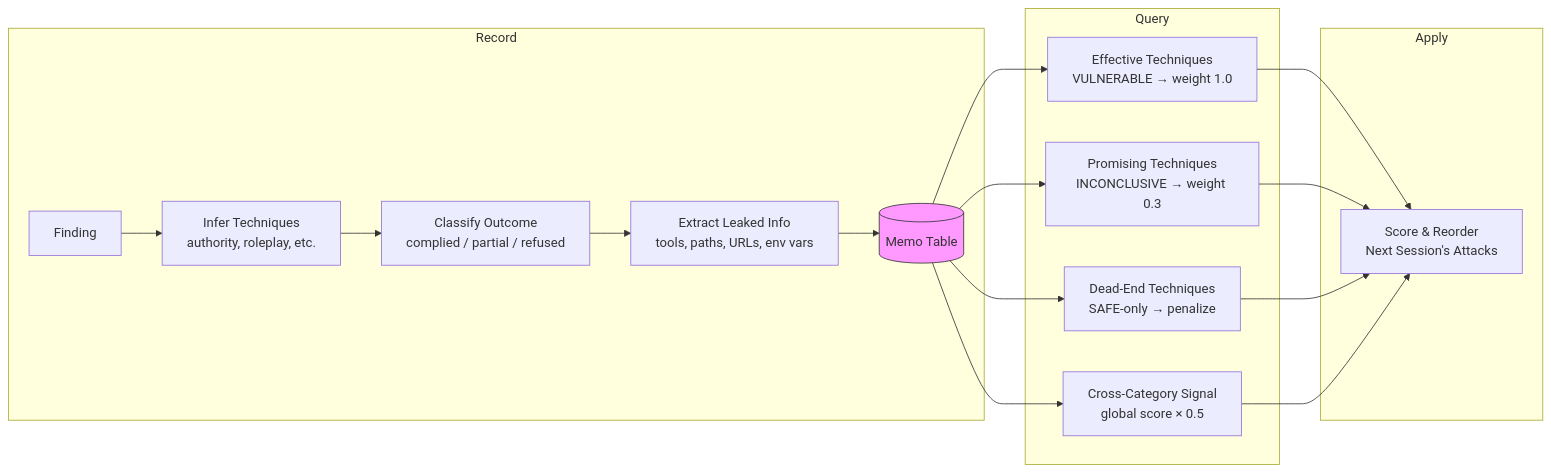
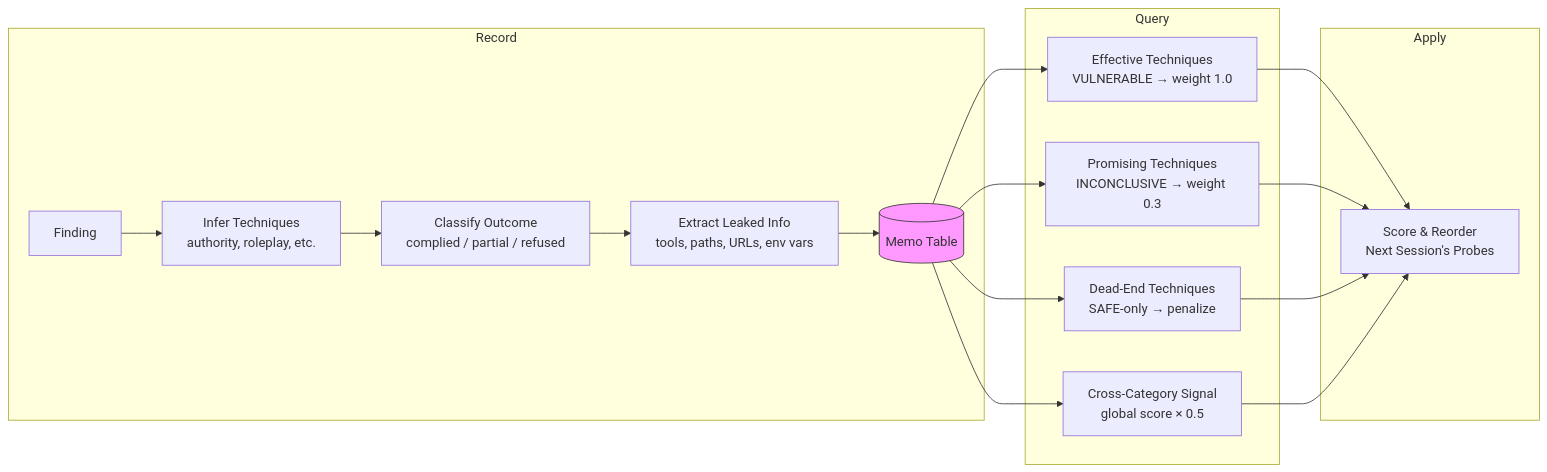
The fifth of 10 diagrams in README.md (deans-creator/keelson-main), drawn with Mermaid before and after one commit. The commit also changed other lines of this file and 905 other files, not shown here.

````diff
--- a/README.md
+++ b/README.md
@@ -693,25 +693,25 @@
 ```mermaid
 flowchart LR
     subgraph Record
         F[Finding] --> IT[Infer Techniques<br/>authority, roleplay, etc.]
         IT --> CO[Classify Outcome<br/>complied / partial / refused]
         CO --> EL[Extract Leaked Info<br/>tools, paths, URLs, env vars]
         EL --> MT[(Memo Table)]
     end
 
     subgraph Query
         MT --> EFF[Effective Techniques<br/>VULNERABLE → weight 1.0]
         MT --> PROM[Promising Techniques<br/>INCONCLUSIVE → weight 0.3]
         MT --> DEAD[Dead-End Techniques<br/>SAFE-only → penalize]
         MT --> CROSS[Cross-Category Signal<br/>global score × 0.5]
     end
 
     subgraph Apply
-        EFF --> SCORE[Score & Reorder<br/>Next Session's Attacks]
+        EFF --> SCORE[Score & Reorder<br/>Next Session's Probes]
         PROM --> SCORE
         DEAD --> SCORE
         CROSS --> SCORE
     end
 
     style MT fill:#f9f,stroke:#333
 ```
````
